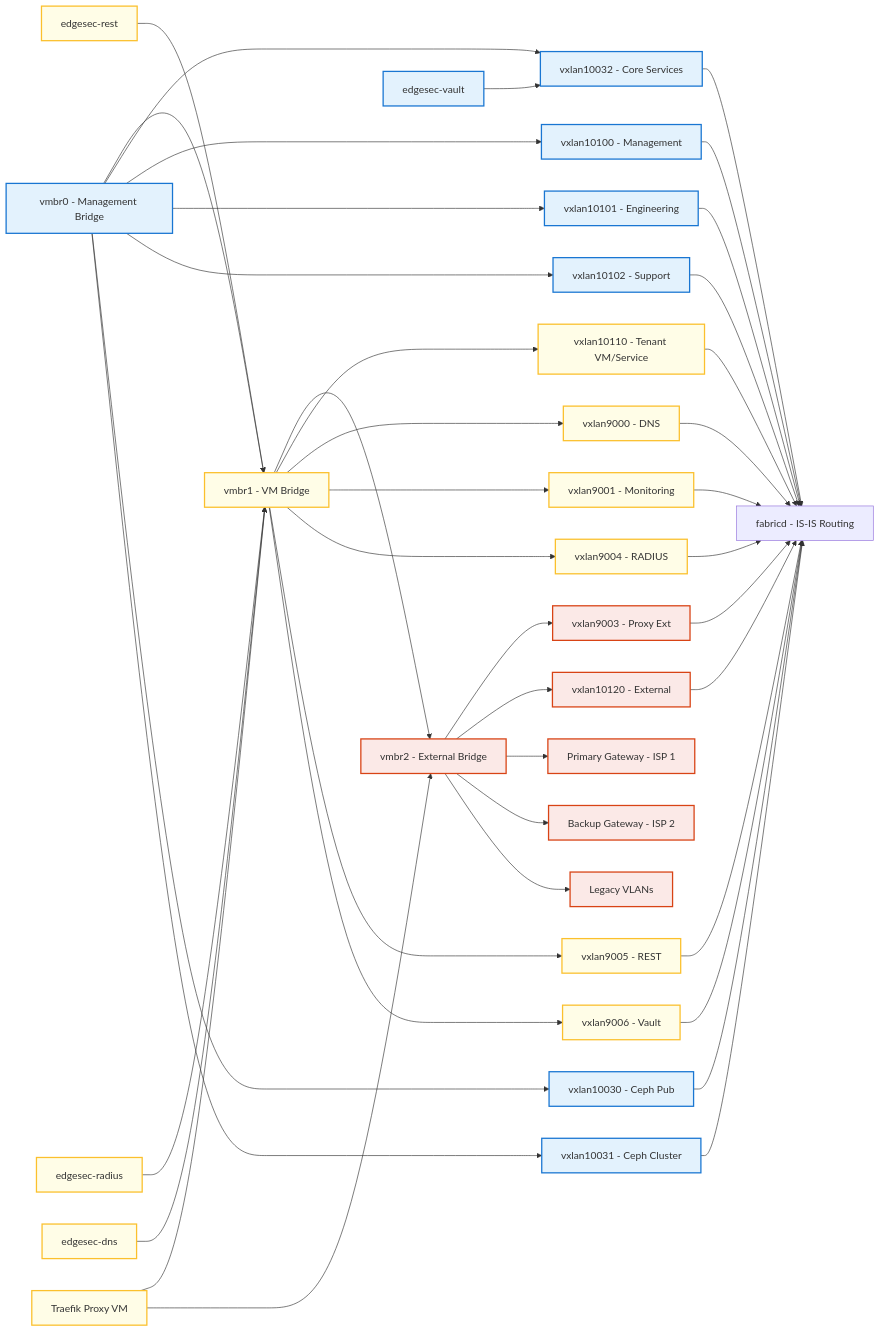
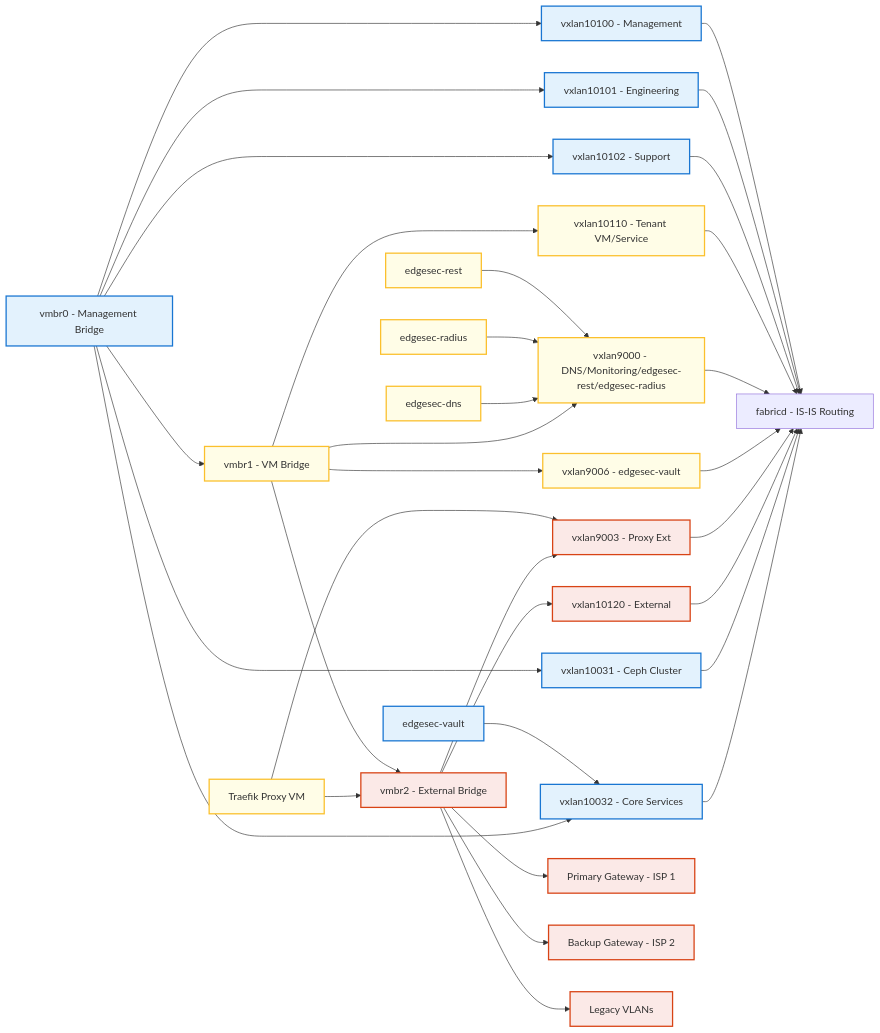
The diagram in blob/mmd/edgesec-single-tenant-bridges.mmd (CEP-Comwell/proxmox_addons), drawn with Mermaid before and after one commit. The commit also changed 3 other files, not shown here.

Commit message:
update mermaid and graph LR

````diff
--- a/blob/mmd/edgesec-single-tenant-bridges.mmd
+++ b/blob/mmd/edgesec-single-tenant-bridges.mmd
@@ -22,14 +22,10 @@
   VX10101[vxlan10101 - Engineering]
   VX10102[vxlan10102 - Support]
   VX10110[vxlan10110 - Tenant VM/Service]
-  VX9000[vxlan9000 - DNS]
-  VX9001[vxlan9001 - Monitoring]
-  VX9004[vxlan9004 - RADIUS]
-  VX9005[vxlan9005 - REST]
-  VX9006[vxlan9006 - Vault]
+  VX9000[vxlan9000 - DNS/Monitoring/edgesec-rest/edgesec-radius]
+  VX9006[vxlan9006 - edgesec-vault]
   VX9003[vxlan9003 - Proxy Ext]
   VX10120[vxlan10120 - External]
-  VXCEPH1[vxlan10030 - Ceph Pub]
   VXCEPH2[vxlan10031 - Ceph Cluster]
   VX10032[vxlan10032 - Core Services]
 
@@ -42,37 +38,26 @@
   %% Explicit bridge ordering
   MgmtBridge --> VMBridge --> ExtBridge
 
-
-
-
-  %% Service VMs to bridges
+  %% Service VMs to overlays (all on vmbr1 except vault)
   VaultVM --> VX10032
-  RestVM --> VMBridge
-  RadiusVM --> VMBridge
-  DNSVM --> VMBridge
-  ProxyVM --> VMBridge
+  RestVM --> VX9000
+  RadiusVM --> VX9000
+  DNSVM --> VX9000
+  ProxyVM --> VX9003
   ProxyVM --> ExtBridge
   %% Core Services VXLAN (new)
   MgmtBridge --> VX10032
 
-
   %% VM Bridge overlays (tenant/service and core services)
   VMBridge --> VX10110
   VMBridge --> VX9000
-  VMBridge --> VX9001
-  VMBridge --> VX9004
-  VMBridge --> VX9005
   VMBridge --> VX9006
-
 
   %% Management Bridge overlays (management, engineering, support, storage)
   MgmtBridge --> VX10100
   MgmtBridge --> VX10101
   MgmtBridge --> VX10102
-  MgmtBridge --> VXCEPH1
   MgmtBridge --> VXCEPH2
-
-
 
   %% VXLANs to fabricd
   VX10100 --> Fabricd
@@ -80,16 +65,11 @@
   VX10102 --> Fabricd
   VX10110 --> Fabricd
   VX9000 --> Fabricd
-  VX9001 --> Fabricd
-  VX9004 --> Fabricd
-  VX9005 --> Fabricd
   VX9006 --> Fabricd
   VX9003 --> Fabricd
   VX10120 --> Fabricd
-  VXCEPH1 --> Fabricd
   VXCEPH2 --> Fabricd
   VX10032 --> Fabricd
-
 
   %% External Bridge overlays (external, proxy_ext)
   ExtBridge --> VX9003
@@ -108,7 +88,7 @@
   classDef ext fill:#fbe9e7,stroke:#d84315,stroke-width:2px;
   classDef proxy fill:#e8f5e9,stroke:#388e3c,stroke-width:2px;
 
-  class MgmtBridge,VaultVM,VX10100,VX10101,VX10102,VXCEPH1,VXCEPH2,VX10032 mgmt;
-  class VMBridge,RestVM,RadiusVM,DNSVM,ProxyVM,VX10110,VX9000,VX9001,VX9004,VX9005,VX9006 vm;
+  class MgmtBridge,VaultVM,VX10100,VX10101,VX10102,VXCEPH2,VX10032 mgmt;
+  class VMBridge,RestVM,RadiusVM,DNSVM,ProxyVM,VX10110,VX9000,VX9006 vm;
   class ExtBridge,Gateway1,Gateway2,LegacyVLAN,VX9003,VX10120 ext;
 ```
````
